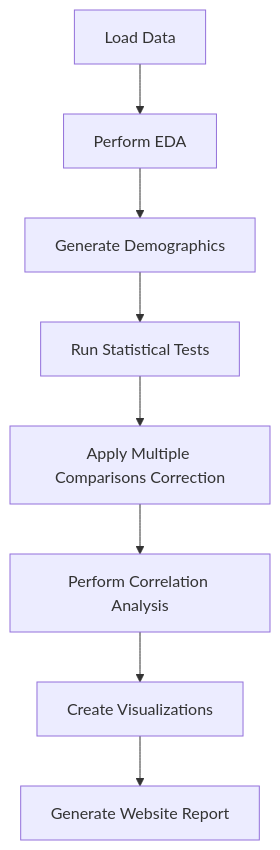
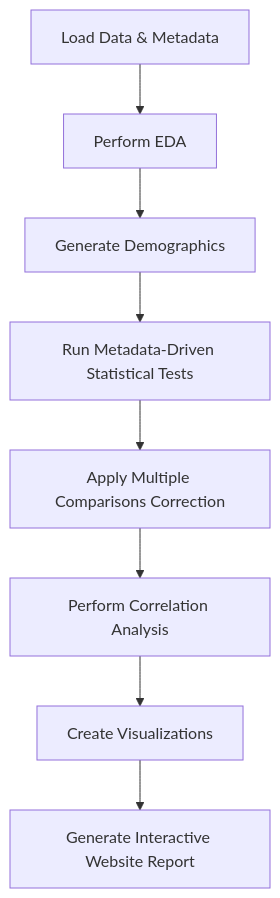
Before and after one commit to christopherseaman/oosterhouse: the diagram in SUGGESTIONS.md, drawn with Mermaid. The commit also changed other lines of this file and 12 other files, not shown here.

````diff
--- a/SUGGESTIONS.md
+++ b/SUGGESTIONS.md
@@ -131,10 +133,10 @@
 ```mermaid
 flowchart TD
-    A[Load Data] --> B[Perform EDA]
+    A[Load Data & Metadata] --> B[Perform EDA]
     B --> C[Generate Demographics]
-    C --> D[Run Statistical Tests]
+    C --> D[Run Metadata-Driven Statistical Tests]
     D --> E[Apply Multiple Comparisons Correction]
     E --> F[Perform Correlation Analysis]
     F --> G[Create Visualizations]
-    G --> H[Generate Website Report]
+    G --> H[Generate Interactive Website Report]
 ```
````
